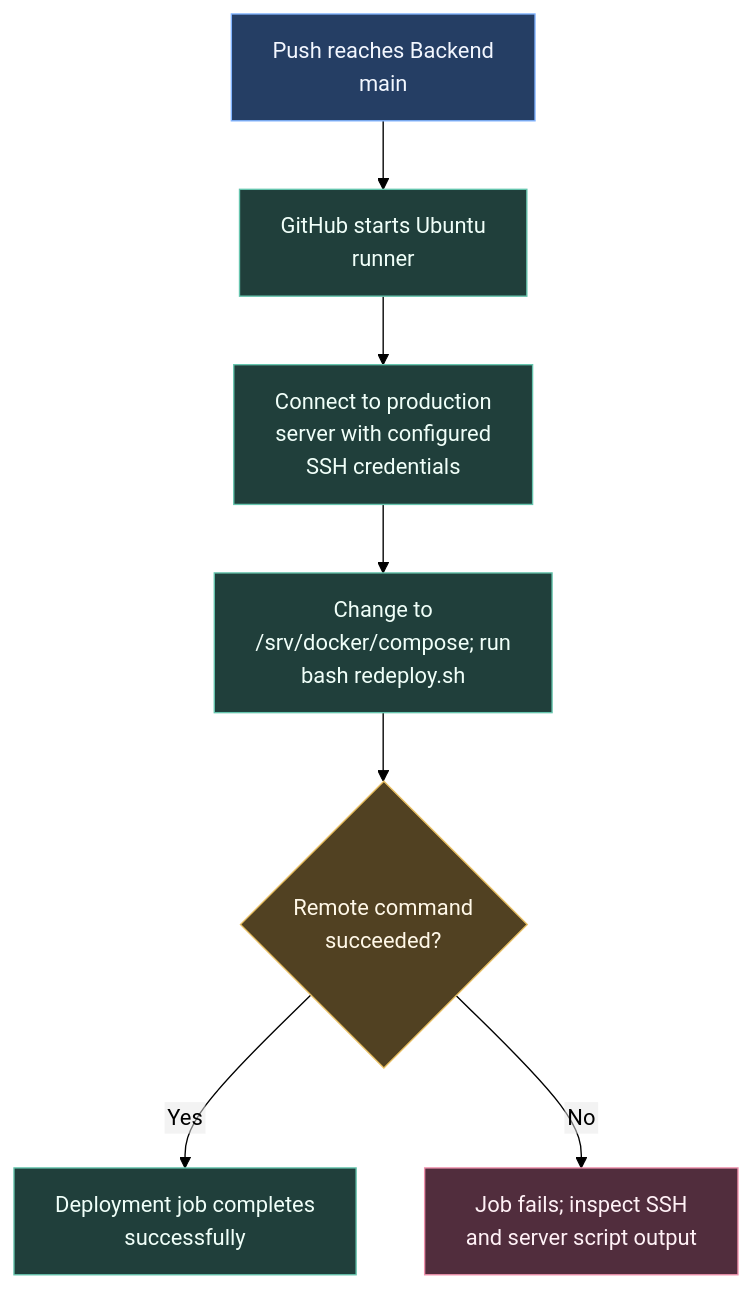
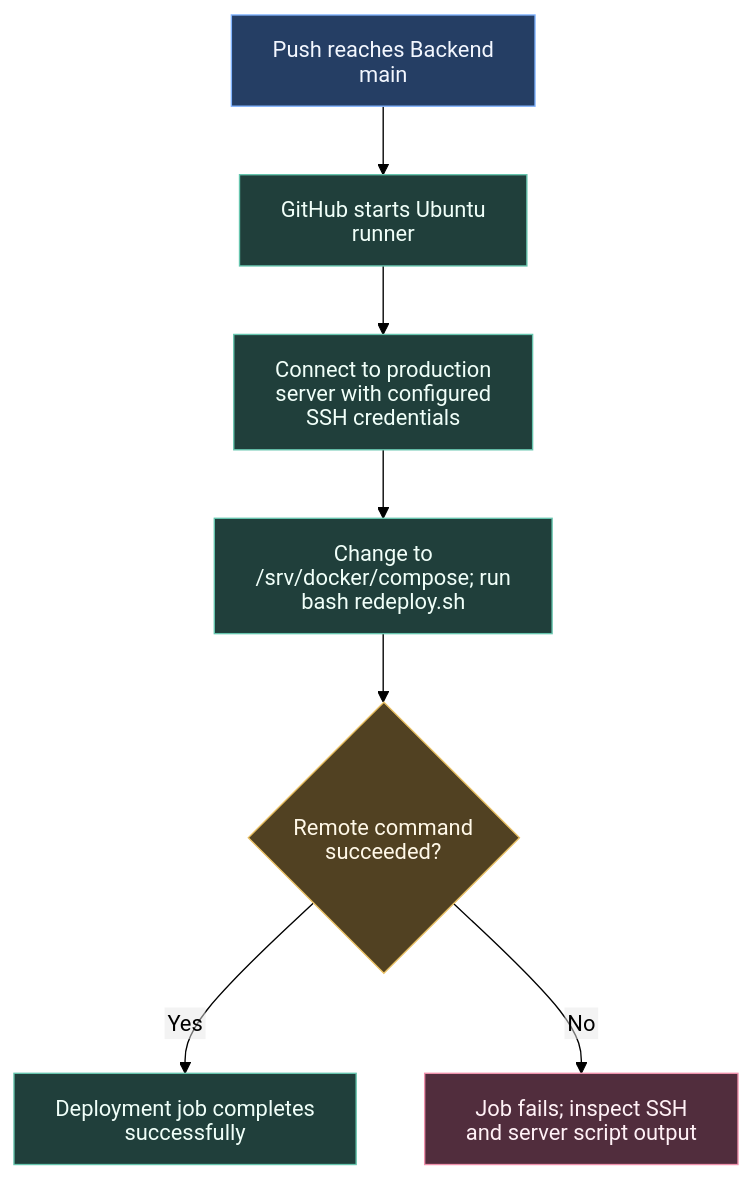
Before and after one commit to ARTTU-Software/.github: the diagram in docs/ci/backend-deployment.md, drawn with Mermaid (forest theme). The commit also changed 12 other files, not shown here.

Commit message:
docs: use the current Mermaid SVG label option

````diff
--- a/docs/ci/backend-deployment.md
+++ b/docs/ci/backend-deployment.md
@@ -10,18 +10,18 @@
 ```mermaid
-%%{init: {"flowchart": {"htmlLabels": false}}}%%
+%%{init: {"htmlLabels": false}}%%
 flowchart TB
     PUSH["Push reaches Backend<br/>main"] --> RUNNER["GitHub starts Ubuntu<br/>runner"]
     RUNNER --> SSH["Connect to production<br/>server with configured<br/>SSH credentials"]
     SSH --> SCRIPT["Change to<br/>/srv/docker/compose; run<br/>bash redeploy.sh"]
     SCRIPT --> RESULT{"Remote command<br/>succeeded?"}
     RESULT -->|Yes| PASS["Deployment job completes<br/>successfully"]
     RESULT -->|No| FAIL["Job fails; inspect SSH<br/>and server script output"]
     classDef event fill:#253e64,stroke:#82b4ff,color:#f3f7ff
     classDef work fill:#203f3b,stroke:#66c5ae,color:#f0fff9
     classDef check fill:#514122,stroke:#e8bf63,color:#fff8e8
     classDef failure fill:#512d3d,stroke:#ef91ac,color:#fff1f6
     class PUSH event
     class RUNNER,SSH,SCRIPT,PASS work
     class RESULT check
     class FAIL failure
 ```
````
